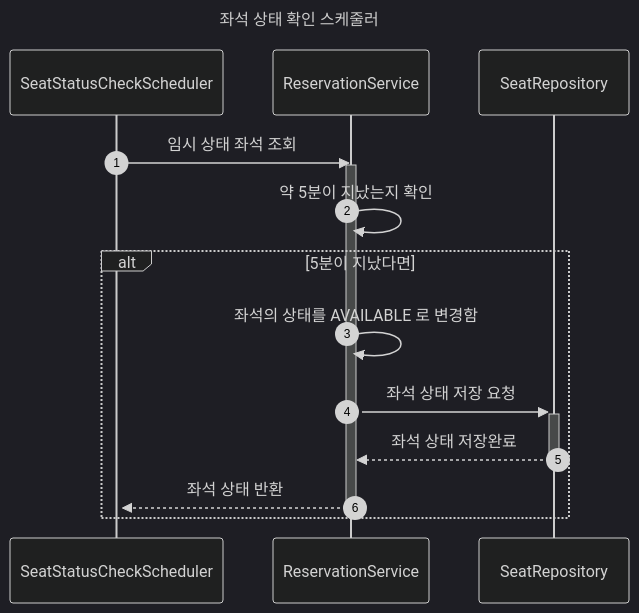
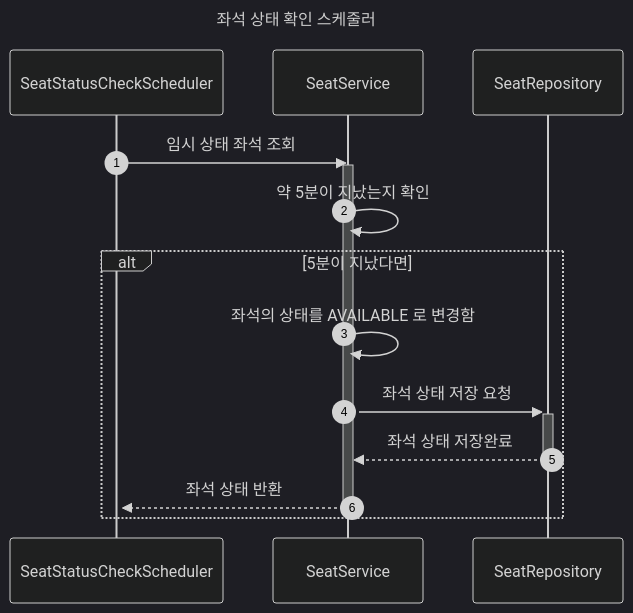
Before and after one commit to CUCU7103/hhplus-server-java: the ninth of 12 diagrams in docs/시퀀스다이어그램.md, drawn with Mermaid (dark theme). The commit also changed other lines of this file, not shown here.

First line of the commit message:
[Fix] 시퀀스 다이어그램 수정

````diff
--- a/docs/시퀀스다이어그램.md
+++ b/docs/시퀀스다이어그램.md
@@ -309,20 +380,19 @@
 ```mermaid
 sequenceDiagram
     title 좌석 상태 확인 스케줄러
     autonumber
     participant SC as SeatStatusCheckScheduler
-    participant SS as ReservationService
-	  participant SI as SeatRepository
-
-    SC ->> SS : 임시 상태 좌석 조회
+    participant SS as SeatService
+    participant SI as SeatRepository
+    SC ->> SS: 임시 상태 좌석 조회
     activate SC
     activate SS
-    SS ->> SS : 약 5분이 지났는지 확인
+    SS ->> SS: 약 5분이 지났는지 확인
     alt 5분이 지났다면
-        SS ->> SS : 좌석의 상태를 AVAILABLE 로 변경함
-        SS ->>+ SI : 좌석 상태 저장 요청
-        SI -->>- SS : 좌석 상태 저장완료
-        SS -->> SC : 좌석 상태 반환
+        SS ->> SS: 좌석의 상태를 AVAILABLE 로 변경함
+        SS ->>+ SI: 좌석 상태 저장 요청
+        SI -->>- SS: 좌석 상태 저장완료
+        SS -->> SC: 좌석 상태 반환
         deactivate SS
     end
 ```
````
